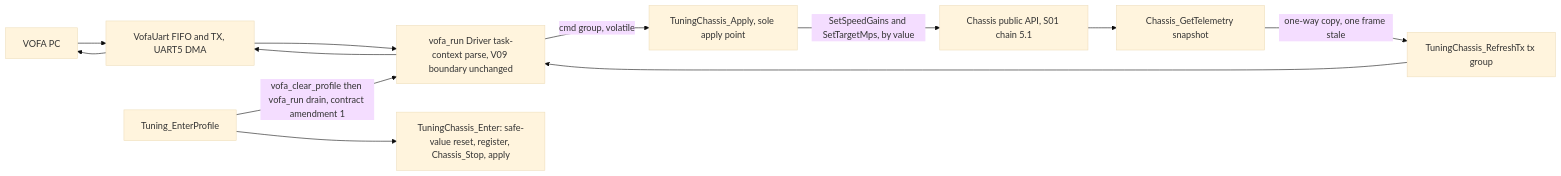
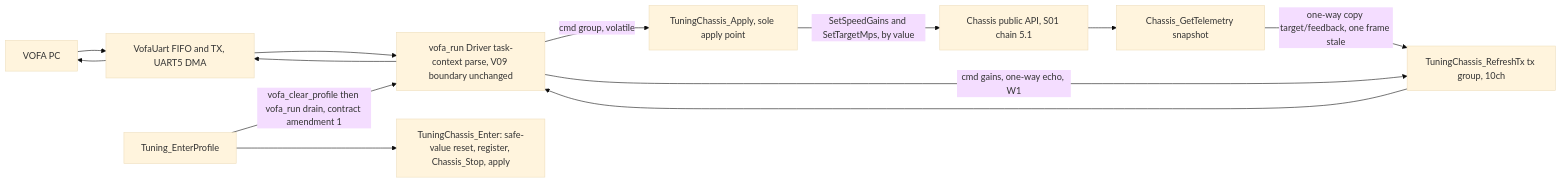
One commit to AigisYangyan/2026_NUEDC changed the fifth of 6 diagrams in agent/api_architecture_topology.md. Above: the diagram before and after it, drawn with Mermaid (base theme). The commit also changed other lines of this file and 5 other files, not shown here.

First line of the commit message:
feat(tuning): 速度环调参 VOFA tx 6→10 增益外显（W1，S03 契约修订2）

````diff
--- a/agent/api_architecture_topology.md
+++ b/agent/api_architecture_topology.md
@@ -168,15 +168,16 @@
 ```mermaid
 flowchart LR
   PC[VOFA PC] --> VofaUartNew[VofaUart FIFO and TX, UART5 DMA]
   VofaUartNew --> VofaRunNew[vofa_run Driver task-context parse, V09 boundary unchanged]
   VofaRunNew -->|cmd group, volatile| TuningChassisApply[TuningChassis_Apply, sole apply point]
+  VofaRunNew -->|cmd gains, one-way echo, W1| TuningChassisTx[TuningChassis_RefreshTx tx group, 10ch]
   TuningChassisApply -->|SetSpeedGains and SetTargetMps, by value| ChassisAPI[Chassis public API, S01 chain 5.1]
   ChassisAPI --> ChassisTelemetry[Chassis_GetTelemetry snapshot]
-  ChassisTelemetry -->|one-way copy, one frame stale| TuningChassisTx[TuningChassis_RefreshTx tx group]
+  ChassisTelemetry -->|one-way copy target/feedback, one frame stale| TuningChassisTx
   TuningChassisTx --> VofaRunNew
   VofaRunNew --> VofaUartNew
   VofaUartNew --> PC
 
   TuningEnter[Tuning_EnterProfile] -->|vofa_clear_profile then vofa_run drain, contract amendment 1| VofaRunNew
   TuningEnter --> TuningChassisEnter[TuningChassis_Enter: safe-value reset, register, Chassis_Stop, apply]
 ```
````
